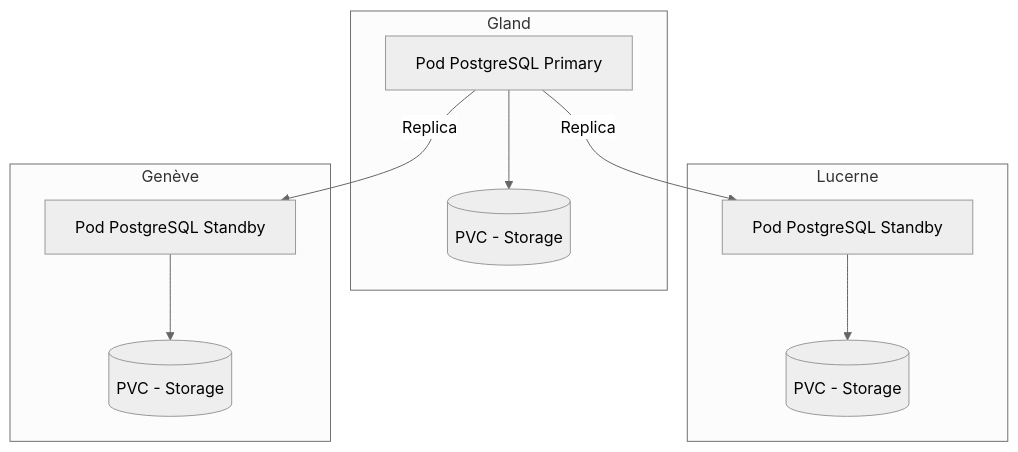
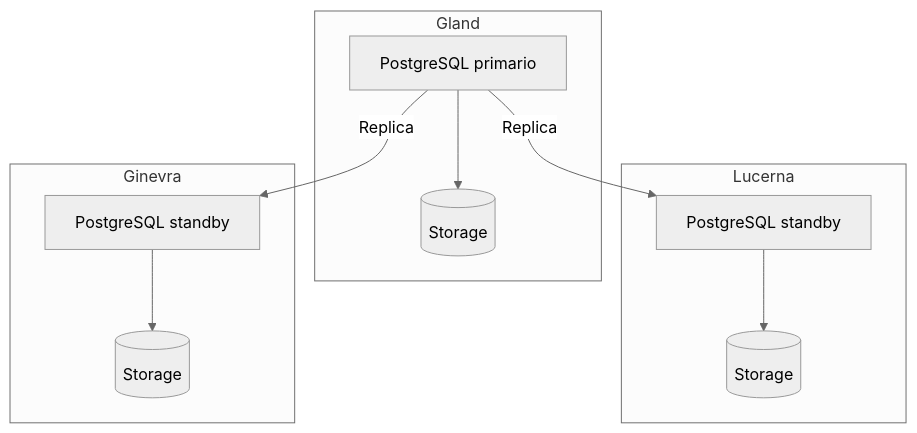
One commit to HidoraSwiss/hikube-public-doc changed the diagram in i18n/it/docusaurus-plugin-content-docs/current/services/databases/postgresql/overview.md. Above: the diagram before and after it, drawn with Mermaid (neutral theme). The commit also changed other lines of this file and 148 other files, not shown here.

````diff
--- a/i18n/it/docusaurus-plugin-content-docs/current/services/databases/postgresql/overview.md
+++ b/i18n/it/docusaurus-plugin-content-docs/current/services/databases/postgresql/overview.md
@@ -29,17 +31,17 @@
 ```mermaid
 graph TD
     subgraph Gland
-        P1[Pod PostgreSQL Primary] --> PVC1[(PVC - Storage)]
+        P1[PostgreSQL primario] --> PVC1[(Storage)]
     end
 
-    subgraph Lucerne
-        P2[Pod PostgreSQL Standby] --> PVC2[(PVC - Storage)]
+    subgraph Lucerna
+        P2[PostgreSQL standby] --> PVC2[(Storage)]
     end
 
-    subgraph Genève
-        P3[Pod PostgreSQL Standby] --> PVC3[(PVC - Storage)]
+    subgraph Ginevra
+        P3[PostgreSQL standby] --> PVC3[(Storage)]
     end
 
     P1 -->|Replica| P2
     P1 -->|Replica| P3
 ```
````
